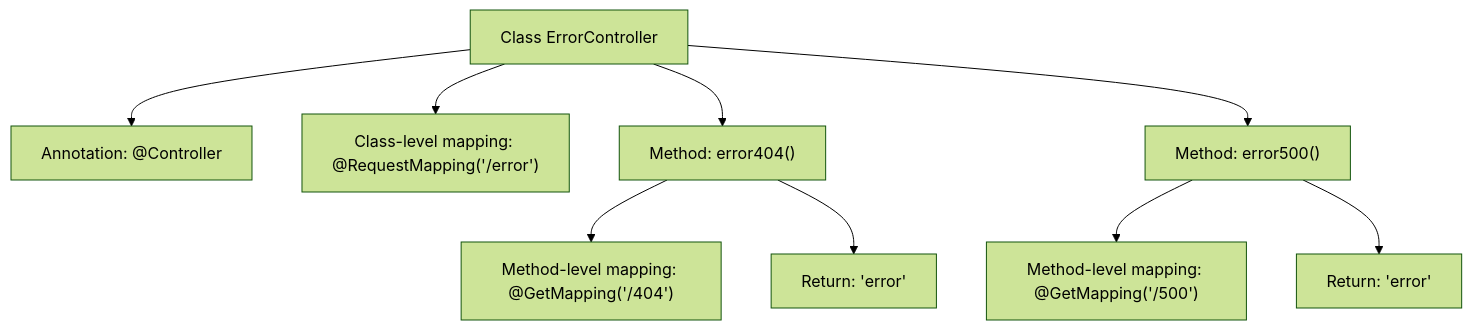
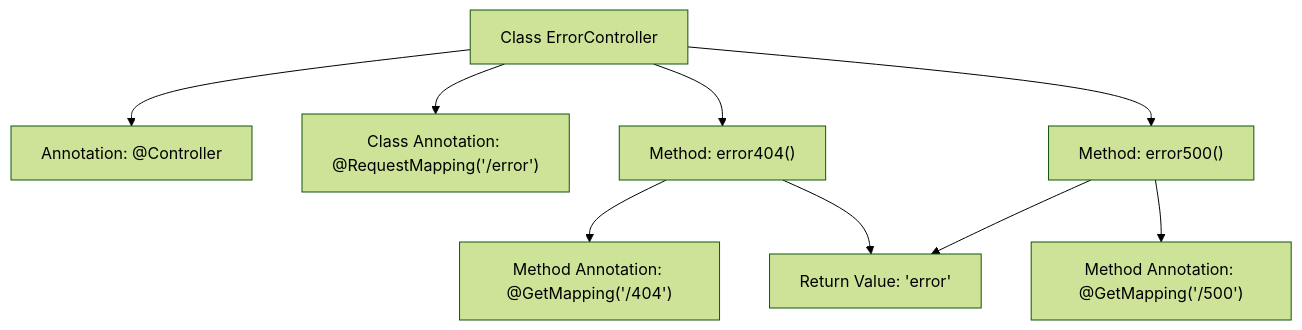
The second of 2 diagrams in docs/en/docs/src/main/java/com/github/binarywang/demo/wx/miniapp/error/ErrorController.md (v-wjrong/rongwj666_weixin-java-miniapp-demo), drawn with Mermaid (forest theme) before and after one commit. The commit also changed other lines of this file and 49 other files, not shown here.

````diff
--- a/docs/en/docs/src/main/java/com/github/binarywang/demo/wx/miniapp/error/ErrorController.md
+++ b/docs/en/docs/src/main/java/com/github/binarywang/demo/wx/miniapp/error/ErrorController.md
@@ -57,21 +56,20 @@
 ```mermaid
 graph TD
     A["Class ErrorController"]
     B["Annotation: @Controller"]
-    C["Class-level mapping: @RequestMapping('/error')"]
+    C["Class Annotation: @RequestMapping('/error')"]
     D["Method: error404()"]
-    E["Method-level mapping: @GetMapping('/404')"]
-    F["Return: 'error'"]
-    G["Method: error500()"]
-    H["Method-level mapping: @GetMapping('/500')"]
-    I["Return: 'error'"]
+    E["Method Annotation: @GetMapping('/404')"]
+    F["Method: error500()"]
+    G["Method Annotation: @GetMapping('/500')"]
+    H["Return Value: 'error'"]
 
     A --> B
     A --> C
     A --> D
+    A --> F
     D --> E
-    D --> F
-    A --> G
-    G --> H
-    G --> I
+    D --> H
+    F --> G
+    F --> H
 ```
````
